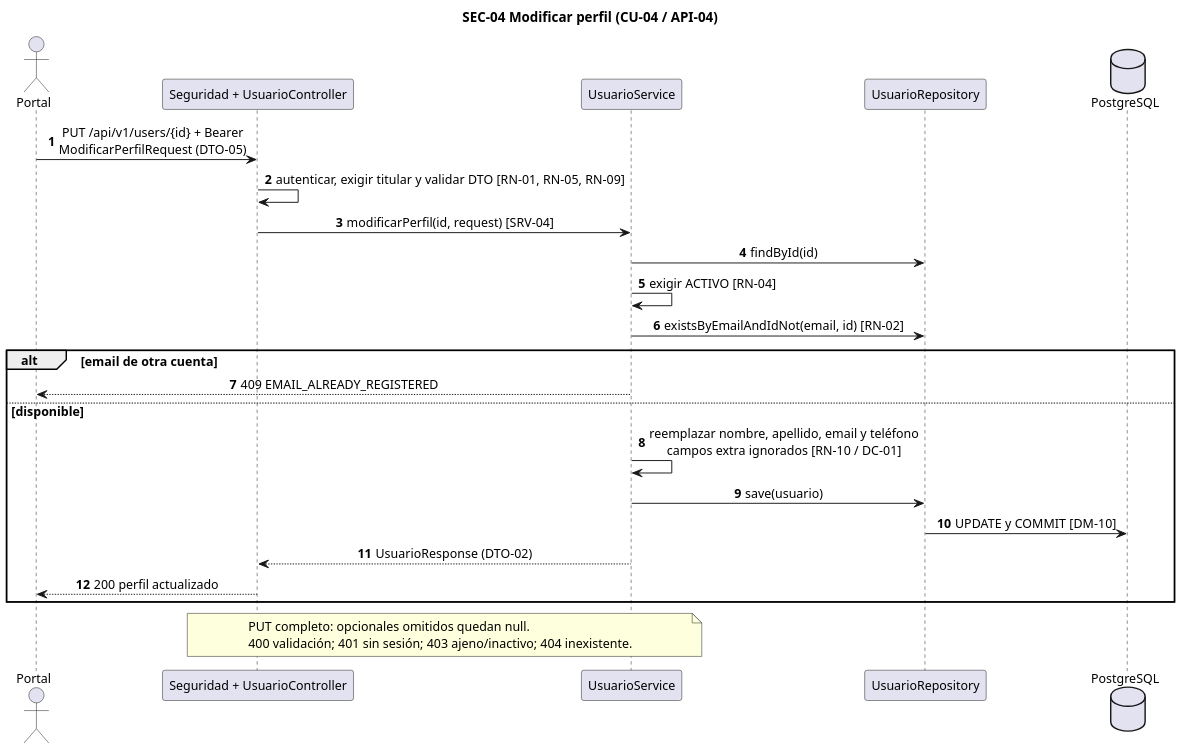
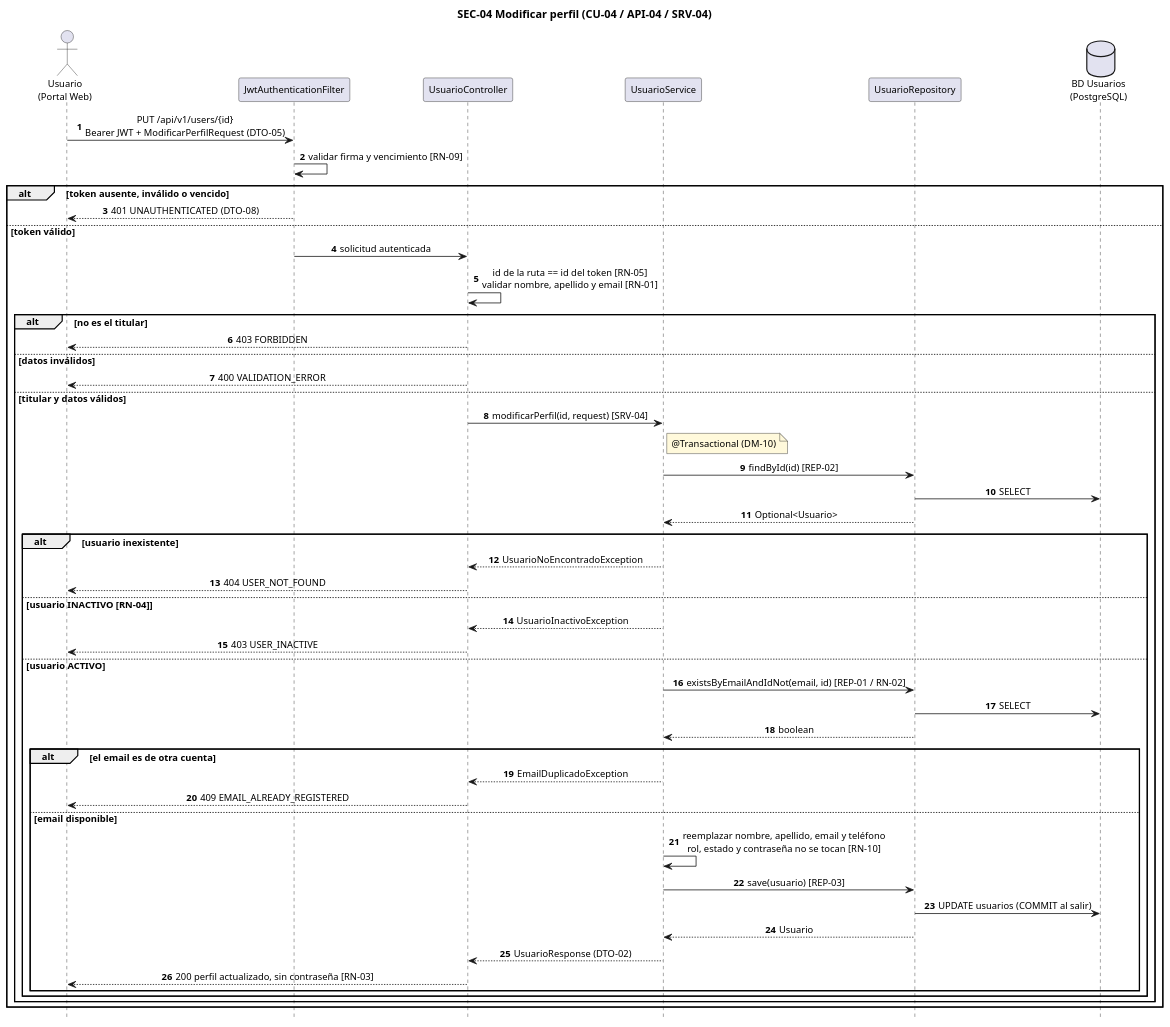
One commit to CarlaGorgal2002/deliverygo-usuarios-auth changed the diagram in doc/Diagramas/SEC-04.puml. Above: the diagram before and after it, drawn with PlantUML. The commit also changed 30 other files, not shown here.

First line of the commit message:
docs: rehacer los 15 diagramas con las capas y participantes de la plantilla

```diff
--- a/doc/Diagramas/SEC-04.puml
+++ b/doc/Diagramas/SEC-04.puml
@@ -1,30 +1,61 @@
 @startuml SEC-04
-skinparam dpi 135
+skinparam dpi 110
 skinparam shadowing false
 skinparam defaultFontName Arial
-skinparam defaultFontSize 13
+skinparam defaultFontSize 12
 skinparam sequenceMessageAlign center
-title SEC-04 Modificar perfil (CU-04 / API-04)
+skinparam responseMessageBelowArrow true
+skinparam NoteBackgroundColor #FFF9DB
+skinparam ParticipantPadding 12
+hide footbox
+title SEC-04 Modificar perfil (CU-04 / API-04 / SRV-04)
 autonumber
-actor Portal
-participant "Seguridad + UsuarioController" as C
+actor "Usuario\n(Portal Web)" as A
+participant JwtAuthenticationFilter as F
+participant UsuarioController as C
 participant UsuarioService as S
-participant UsuarioRepository as R
-database PostgreSQL as DB
-Portal -> C : PUT /api/v1/users/{id} + Bearer\nModificarPerfilRequest (DTO-05)
-C -> C : autenticar, exigir titular y validar DTO [RN-01, RN-05, RN-09]
-C -> S : modificarPerfil(id, request) [SRV-04]
-S -> R : findById(id)
-S -> S : exigir ACTIVO [RN-04]
-S -> R : existsByEmailAndIdNot(email, id) [RN-02]
-alt email de otra cuenta
- S --> Portal : 409 EMAIL_ALREADY_REGISTERED
-else disponible
- S -> S : reemplazar nombre, apellido, email y teléfono\ncampos extra ignorados [RN-10 / DC-01]
- S -> R : save(usuario)
- R -> DB : UPDATE y COMMIT [DM-10]
- S --> C : UsuarioResponse (DTO-02)
- C --> Portal : 200 perfil actualizado
+participant UsuarioRepository as UR
+database "BD Usuarios\n(PostgreSQL)" as DB
+
+A -> F : PUT /api/v1/users/{id}\nBearer JWT + ModificarPerfilRequest (DTO-05)
+F -> F : validar firma y vencimiento [RN-09]
+alt token ausente, inválido o vencido
+  F --> A : 401 UNAUTHENTICATED (DTO-08)
+else token válido
+  F -> C : solicitud autenticada
+  C -> C : id de la ruta == id del token [RN-05]\nvalidar nombre, apellido y email [RN-01]
+  alt no es el titular
+    C --> A : 403 FORBIDDEN
+  else datos inválidos
+    C --> A : 400 VALIDATION_ERROR
+  else titular y datos válidos
+    C -> S : modificarPerfil(id, request) [SRV-04]
+    note right of S : @Transactional (DM-10)
+    S -> UR : findById(id) [REP-02]
+    UR -> DB : SELECT
+    UR --> S : Optional<Usuario>
+    alt usuario inexistente
+      S --> C : UsuarioNoEncontradoException
+      C --> A : 404 USER_NOT_FOUND
+    else usuario INACTIVO [RN-04]
+      S --> C : UsuarioInactivoException
+      C --> A : 403 USER_INACTIVE
+    else usuario ACTIVO
+      S -> UR : existsByEmailAndIdNot(email, id) [REP-01 / RN-02]
+      UR -> DB : SELECT
+      UR --> S : boolean
+      alt el email es de otra cuenta
+        S --> C : EmailDuplicadoException
+        C --> A : 409 EMAIL_ALREADY_REGISTERED
+      else email disponible
+        S -> S : reemplazar nombre, apellido, email y teléfono\nrol, estado y contraseña no se tocan [RN-10]
+        S -> UR : save(usuario) [REP-03]
+        UR -> DB : UPDATE usuarios (COMMIT al salir)
+        UR --> S : Usuario
+        S --> C : UsuarioResponse (DTO-02)
+        C --> A : 200 perfil actualizado, sin contraseña [RN-03]
+      end
+    end
+  end
 end
-note over C,S : PUT completo: opcionales omitidos quedan null.\n400 validación; 401 sin sesión; 403 ajeno/inactivo; 404 inexistente.
 @enduml
```
